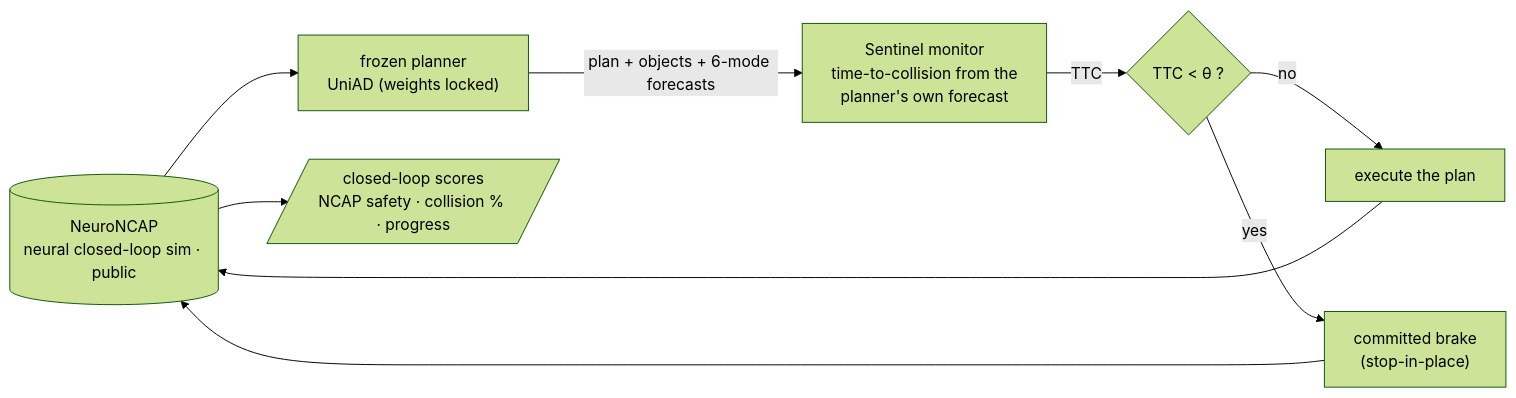
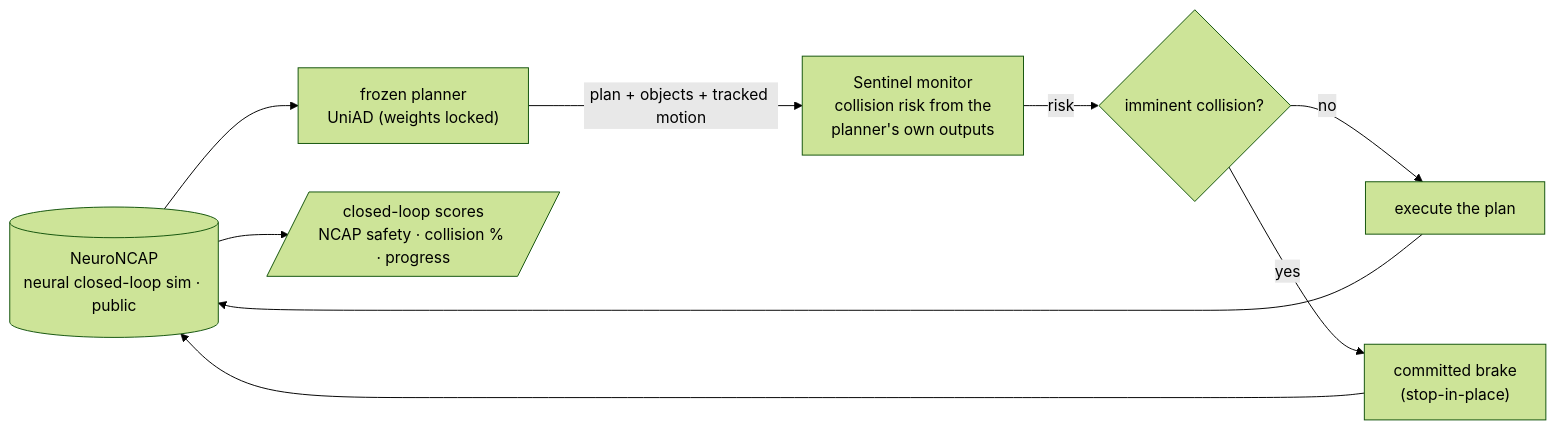
The diagram in README.md (manfromnowhere143/sentinel), drawn with Mermaid (forest theme) before and after one commit. The commit also changed other lines of this file, not shown here.

Commit message:
docs: bring README headline + diagram current to iteration 6 (no stale iter-3 framing, drop unused HUGSIM)

````diff
--- a/README.md
+++ b/README.md
@@ -70,11 +73,11 @@
 ```mermaid
 flowchart LR
   S[("NeuroNCAP<br/>neural closed-loop sim · public")] --> P["frozen planner<br/>UniAD (weights locked)"]
-  P -- "plan + objects + 6-mode forecasts" --> MON["Sentinel monitor<br/>time-to-collision from the<br/>planner's own forecast"]
-  MON -- "TTC" --> G{"TTC &lt; θ ?"}
+  P -- "plan + objects + tracked motion" --> MON["Sentinel monitor<br/>collision risk from the<br/>planner's own outputs"]
+  MON -- "risk" --> G{"imminent collision?"}
   G -- no --> ACT["execute the plan"]
   G -- yes --> INT["committed brake<br/>(stop-in-place)"]
   ACT --> S
   INT --> S
   S --> SC[/"closed-loop scores<br/>NCAP safety · collision % · progress"/]
 ```
````
